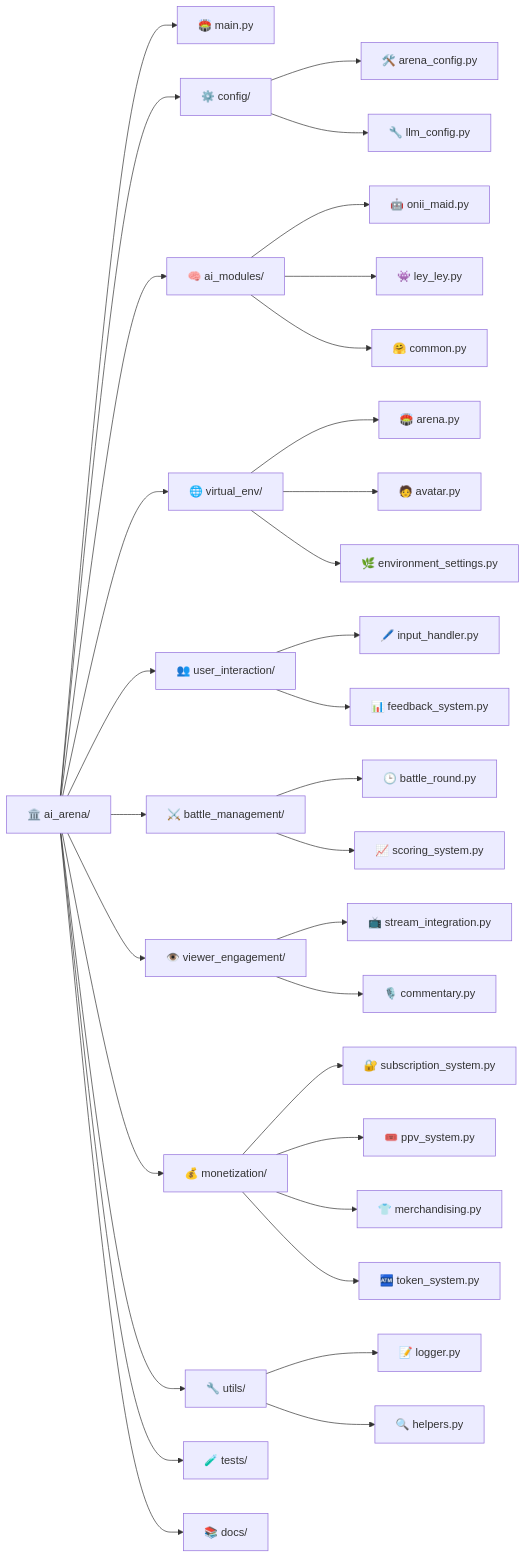
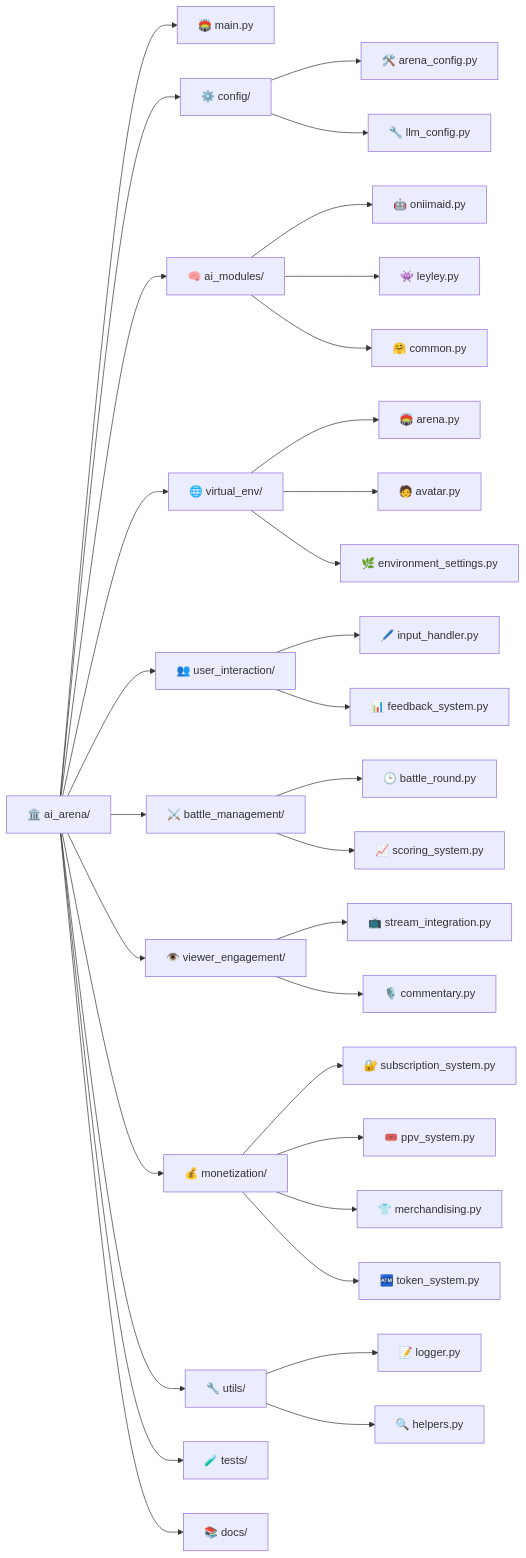
One commit to P2PayPeer/ARENA changed the diagram in README.md. Above: the diagram before and after it, drawn with Mermaid.

Commit message:
📚 README.md

````diff
--- a/README.md
+++ b/README.md
@@ -3,45 +3,45 @@
 ```mermaid
 
 flowchart LR;
 
     A["🏛️ ai_arena/"] --> B["🏟️ main.py"];
     A --> C["⚙️ config/"];
     C --> D["🛠️ arena_config.py"];
     C --> E["🔧 llm_config.py"];
 
     A --> F["🧠 ai_modules/"];
-    F --> G["🤖 onii_maid.py"];
-    F --> H["👾 ley_ley.py"];
+    F --> G["🤖 oniimaid.py"];
+    F --> H["👾 leyley.py"];
     F --> I["🤗 common.py"];
 
     A --> J["🌐 virtual_env/"];
     J --> K["🏟️ arena.py"];
     J --> L["🧑 avatar.py"];
     J --> M["🌿 environment_settings.py"];
 
     A --> N["👥 user_interaction/"];
     N --> O["🖊️ input_handler.py"];
     N --> P["📊 feedback_system.py"];
 
     A --> Q["⚔️ battle_management/"];
     Q --> R["🕒 battle_round.py"];
     Q --> S["📈 scoring_system.py"];
 
     A --> T["👁️ viewer_engagement/"];
     T --> U["📺 stream_integration.py"];
     T --> V["🎙️ commentary.py"];
 
     A --> W["💰 monetization/"];
     W --> X["🔐 subscription_system.py"];
     W --> Y["🎟️ ppv_system.py"];
     W --> Z["👕 merchandising.py"];
     W --> AA["🏧 token_system.py"];
 
     A --> AC["🔧 utils/"];
     AC --> AD["📝 logger.py"];
     AC --> AE["🔍 helpers.py"];
 
     A --> AF["🧪 tests/"];
     A --> AG["📚 docs/"];
 
 ```
````
